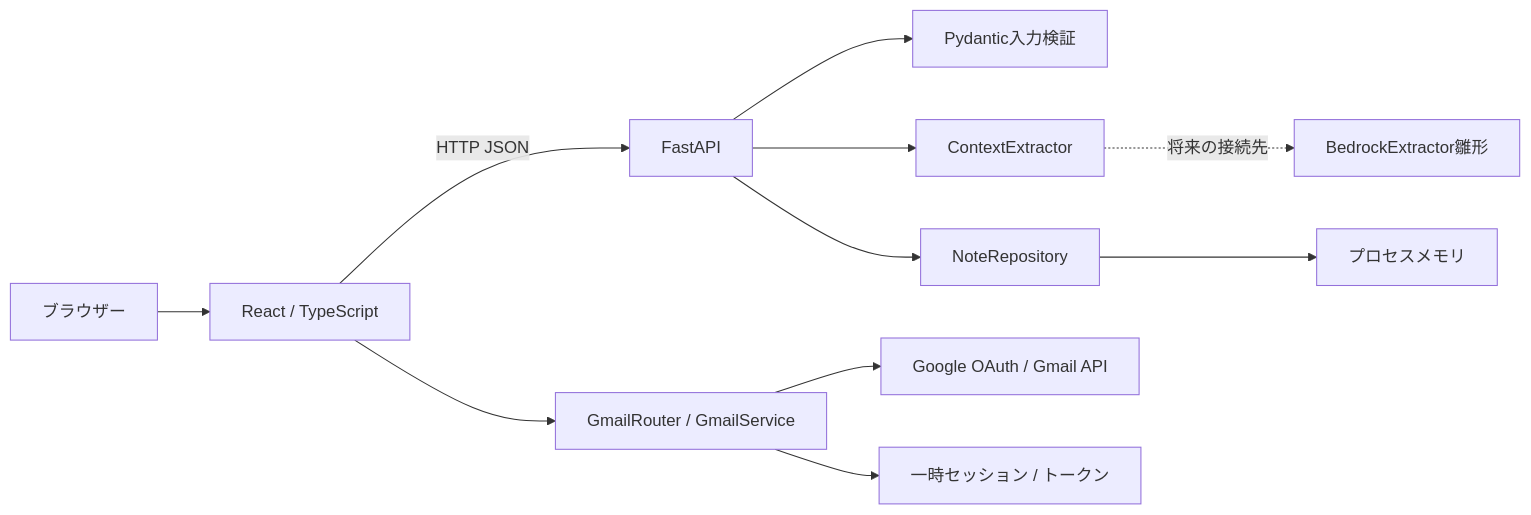
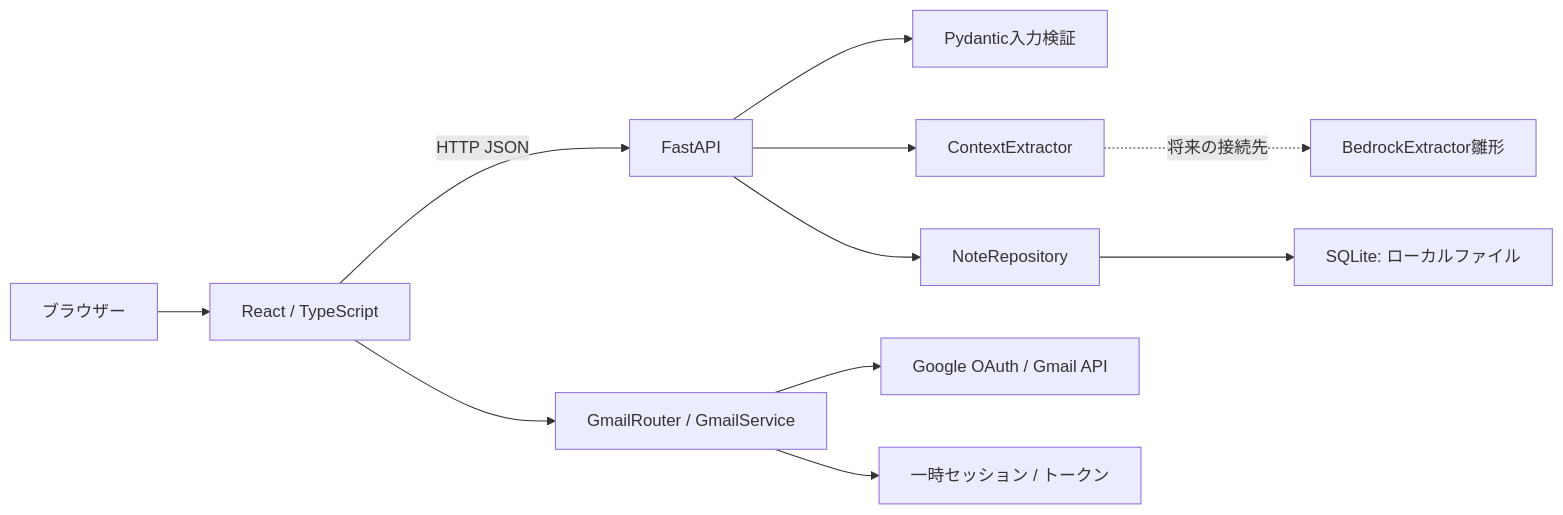
Before and after one commit to Axealm/contextpad: the first of 3 diagrams in docs/design.md, drawn with Mermaid. The commit also changed other lines of this file and 16 other files, not shown here.

````diff
--- a/docs/design.md
+++ b/docs/design.md
@@ -7,13 +7,13 @@
 ```mermaid
 flowchart LR
     U[ブラウザー] --> W[React / TypeScript]
     W -->|HTTP JSON| A[FastAPI]
     A --> V[Pydantic入力検証]
     A --> E[ContextExtractor]
     A --> R[NoteRepository]
-    R --> M[プロセスメモリ]
+    R --> M[SQLite: ローカルファイル]
     W --> G[GmailRouter / GmailService]
     G --> O[Google OAuth / Gmail API]
     G --> S[一時セッション / トークン]
     E -. 将来の接続先 .-> B[BedrockExtractor雛形]
 ```
````
